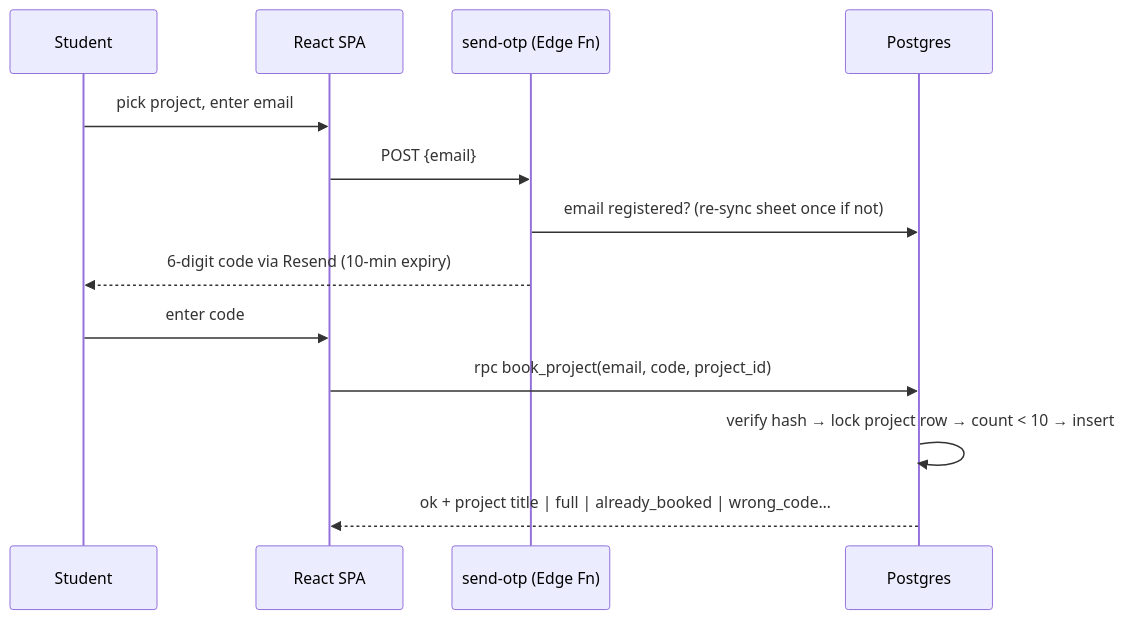
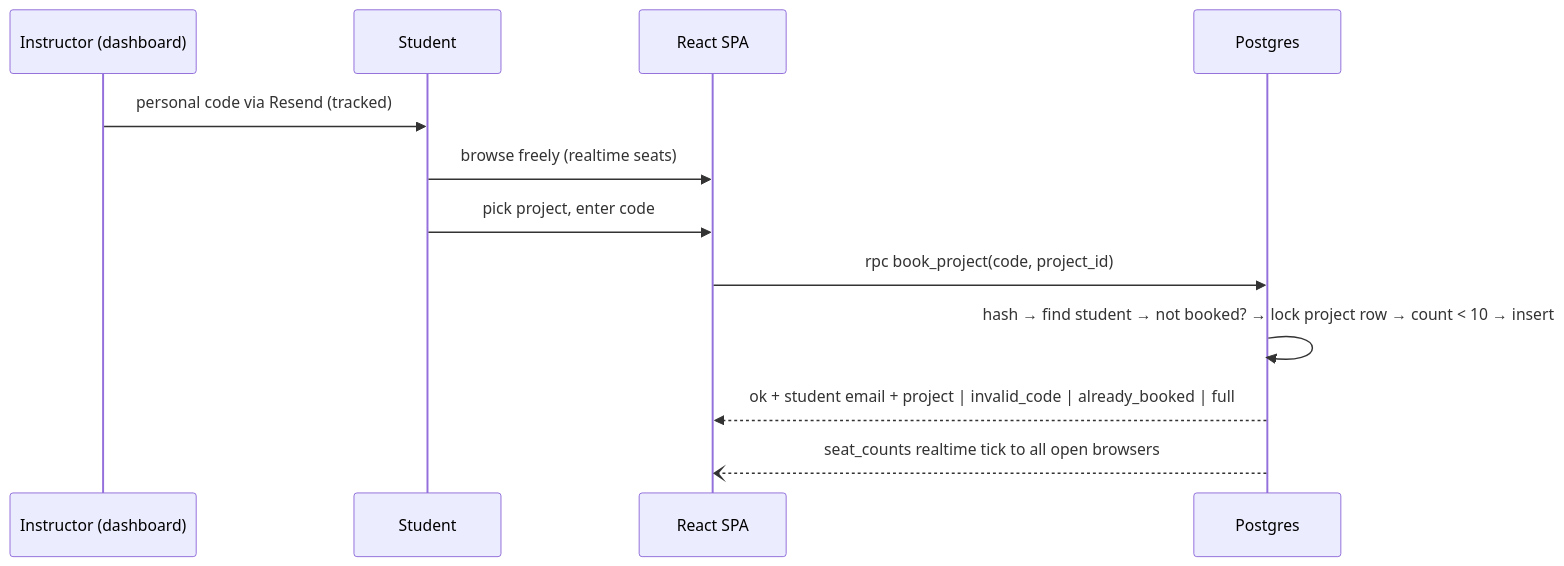
One commit to Humble-Coders/project-booking changed the second of 2 diagrams in docs/PRD.md. Above: the diagram before and after it, drawn with Mermaid. The commit also changed other lines of this file and 8 other files, not shown here.

Commit message:
PRD v2: code-based booking + admin dashboard + realtime; rework tickets 1-5, add ticket 6

````diff
--- a/docs/PRD.md
+++ b/docs/PRD.md
@@ -78,15 +87,14 @@
 ```mermaid
 sequenceDiagram
+    participant I as Instructor (dashboard)
     participant St as Student
     participant P as React SPA
-    participant F as send-otp (Edge Fn)
     participant DB as Postgres
-    St->>P: pick project, enter email
-    P->>F: POST {email}
-    F->>DB: email registered? (re-sync sheet once if not)
-    F-->>St: 6-digit code via Resend (10-min expiry)
-    St->>P: enter code
-    P->>DB: rpc book_project(email, code, project_id)
-    DB->>DB: verify hash → lock project row → count < 10 → insert
-    DB-->>P: ok + project title | full | already_booked | wrong_code…
+    I->>St: personal code via Resend (tracked)
+    St->>P: browse freely (realtime seats)
+    St->>P: pick project, enter code
+    P->>DB: rpc book_project(code, project_id)
+    DB->>DB: hash → find student → not booked? → lock project row → count < 10 → insert
+    DB-->>P: ok + student email + project | invalid_code | already_booked | full
+    DB--)P: seat_counts realtime tick to all open browsers
 ```
````
